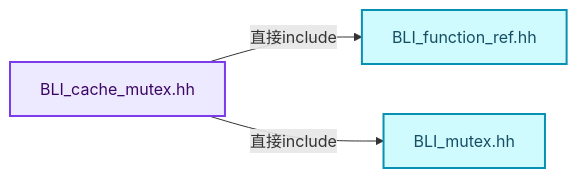
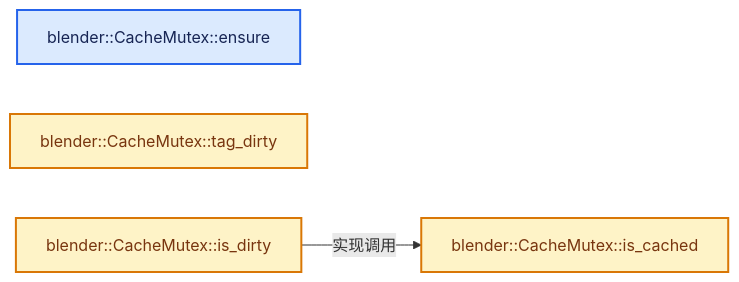
The second of 4 diagrams in 杂/markdown/全面学习-codex/06-隐式共享与缓存系统/06-CacheMutex惰性初始化.md (yunkezengren/blender-.vscode), drawn with Mermaid before and after one commit. The commit also changed other lines of this file and 1930 other files, not shown here.

````diff
--- a/杂/markdown/全面学习-codex/06-隐式共享与缓存系统/06-CacheMutex惰性初始化.md
+++ b/杂/markdown/全面学习-codex/06-隐式共享与缓存系统/06-CacheMutex惰性初始化.md
@@ -85,14 +46,14 @@
 ```mermaid
 flowchart LR
-  S["BLI_cache_mutex.hh"]:::abstraction
-  I0["BLI_function_ref.hh"]:::data
-  I1["BLI_mutex.hh"]:::data
-  S -->|"直接include"| I0
-  S -->|"直接include"| I1
+  F0["blender::CacheMutex::ensure"]:::input
+  F1["blender::CacheMutex::tag_dirty"]:::compute
+  F2["blender::CacheMutex::is_dirty"]:::compute
+  F3["blender::CacheMutex::is_cached"]:::compute
+  F2 -->|"实现调用"| F3
   classDef input fill:#DBEAFE,stroke:#2563EB,color:#172554,stroke-width:2px;
   classDef data fill:#CFFAFE,stroke:#0891B2,color:#164E63,stroke-width:2px;
   classDef abstraction fill:#EDE9FE,stroke:#7C3AED,color:#3B0764,stroke-width:2px;
   classDef compute fill:#FEF3C7,stroke:#D97706,color:#78350F,stroke-width:2px;
   classDef result fill:#DCFCE7,stroke:#16A34A,color:#14532D,stroke-width:2px;
   classDef error fill:#FEE2E2,stroke:#DC2626,color:#7F1D1D,stroke-width:2px;
 ```
````
